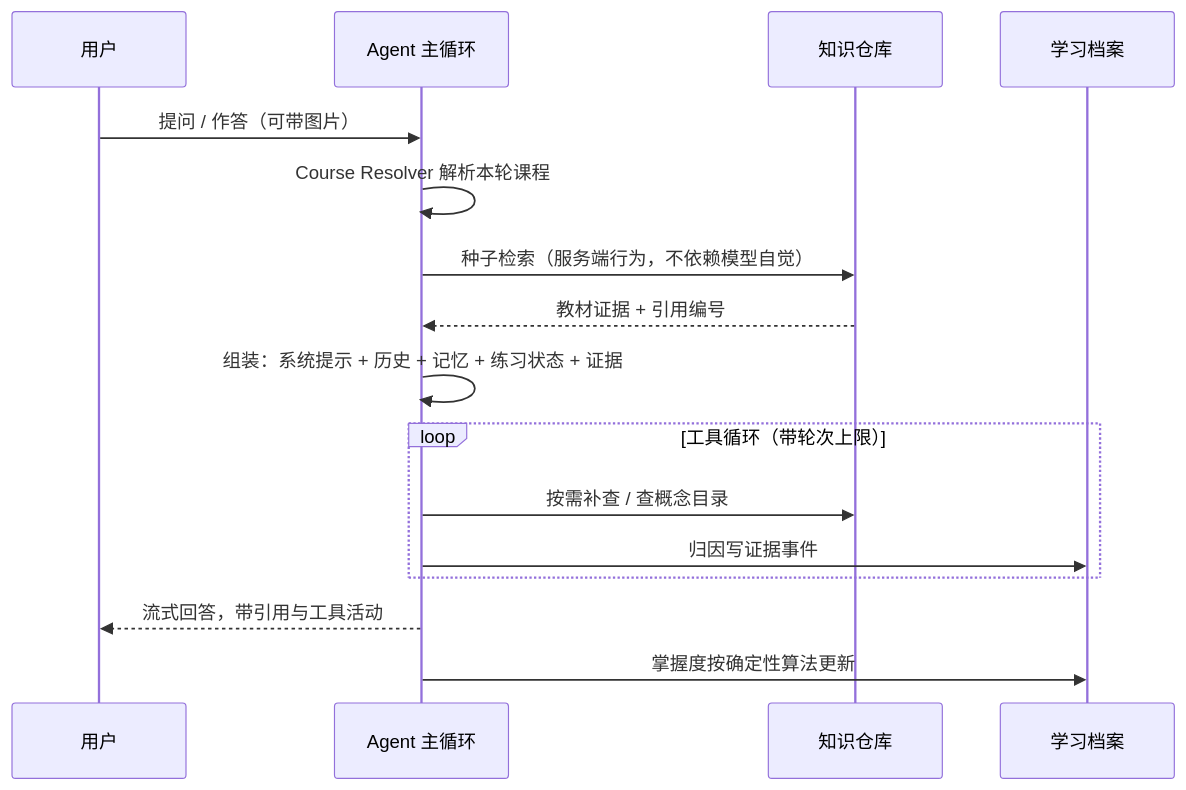
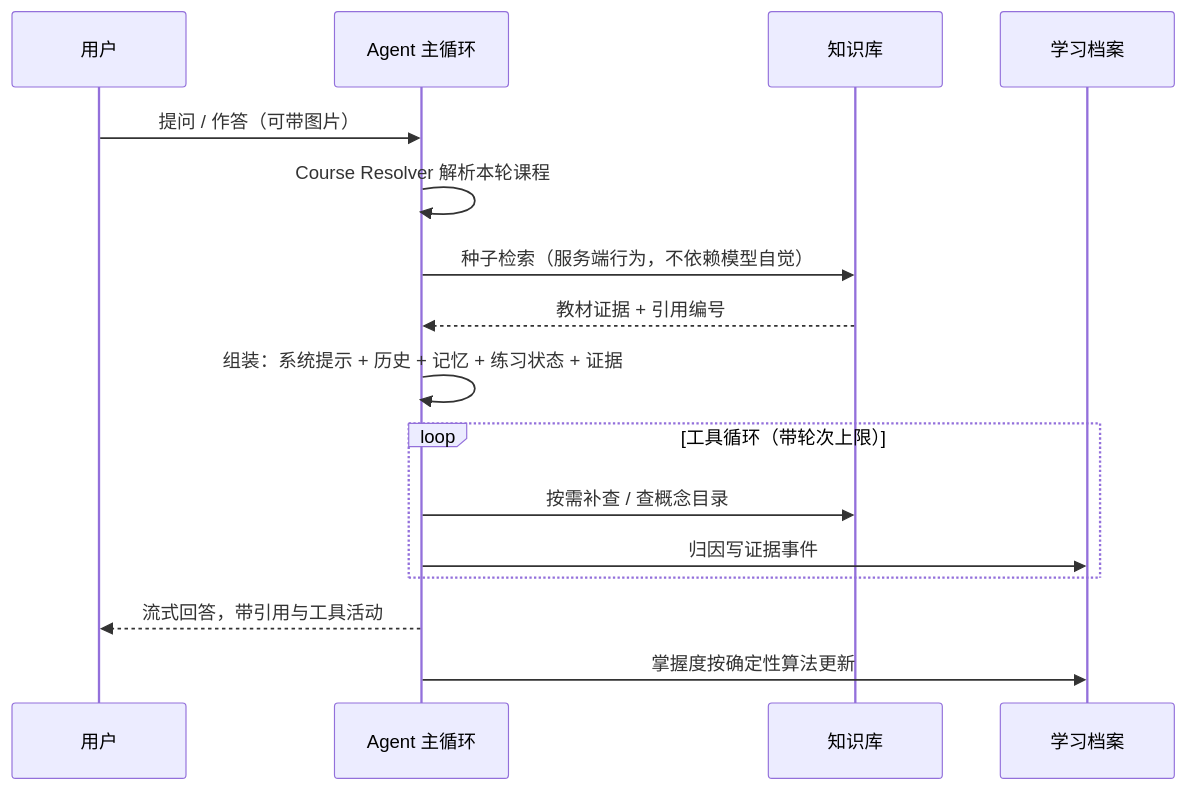
The diagram in Docs/overview.md (Eric-he-cn/course-pilot), drawn with Mermaid before and after one commit. The commit also changed other lines of this file and 26 other files, not shown here.

````diff
--- a/Docs/overview.md
+++ b/Docs/overview.md
@@ -91,18 +91,18 @@
 ```mermaid
 sequenceDiagram
     participant U as 用户
     participant A as Agent 主循环
-    participant K as 知识仓库
+    participant K as 知识库
     participant L as 学习档案
     U->>A: 提问 / 作答（可带图片）
     A->>A: Course Resolver 解析本轮课程
     A->>K: 种子检索（服务端行为，不依赖模型自觉）
     K-->>A: 教材证据 + 引用编号
     A->>A: 组装：系统提示 + 历史 + 记忆 + 练习状态 + 证据
     loop 工具循环（带轮次上限）
         A->>K: 按需补查 / 查概念目录
         A->>L: 归因写证据事件
     end
     A-->>U: 流式回答，带引用与工具活动
     A->>L: 掌握度按确定性算法更新
 ```
````
